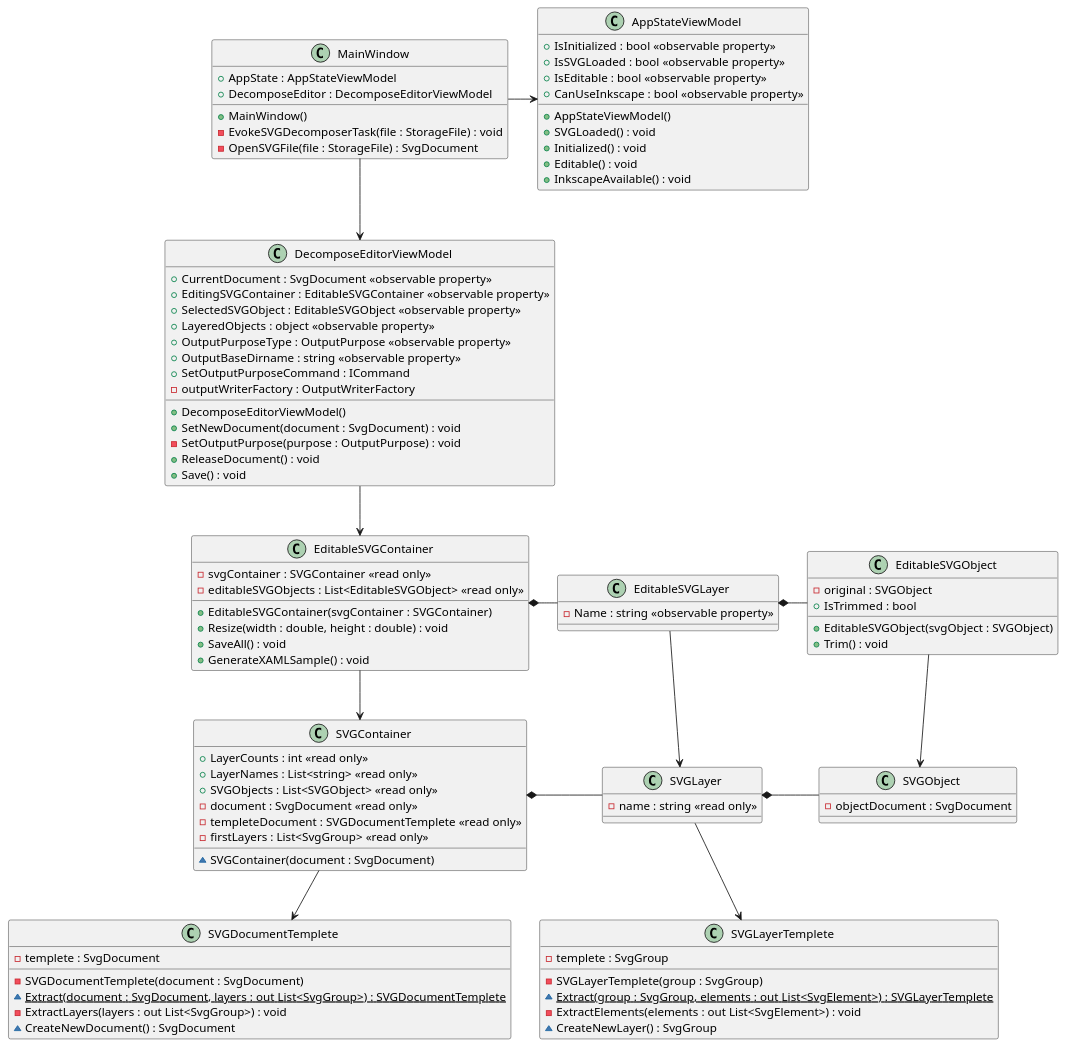
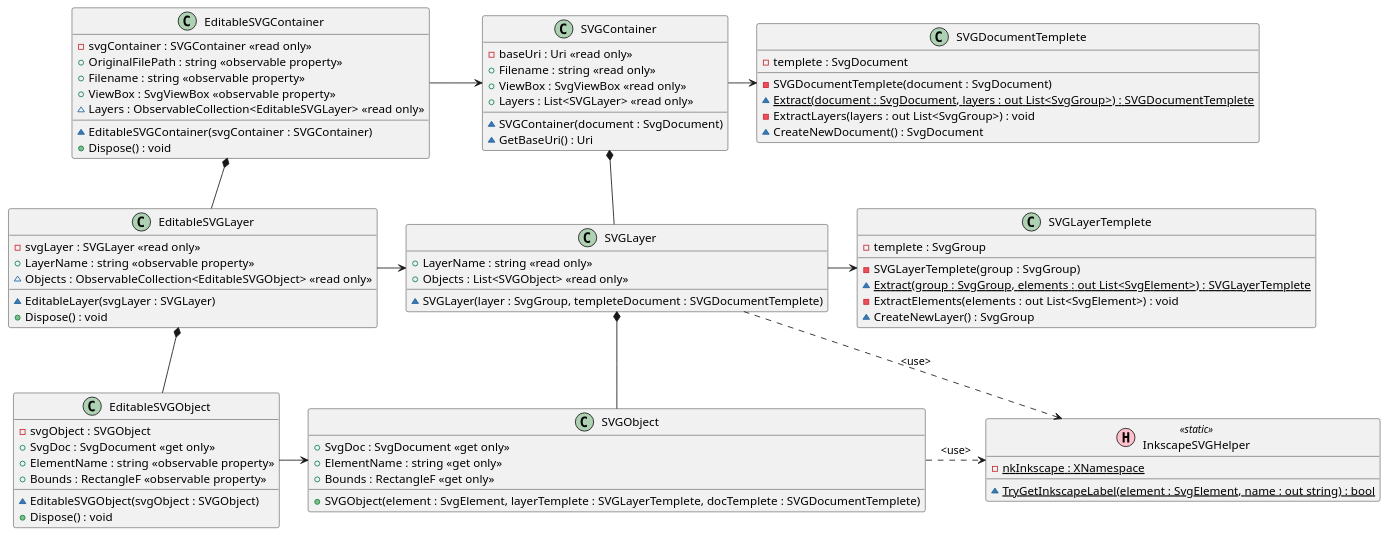
The second of 3 diagrams in uml/SVGObjectsDecomposer.puml (tatsuya19871219/SVGObjectsDecomposer), drawn with PlantUML before and after one commit. The commit also changed other lines of this file and 6 other files, not shown here.

```diff
--- a/uml/SVGObjectsDecomposer.puml
+++ b/uml/SVGObjectsDecomposer.puml
@@ -1,147 +75,108 @@
-@startuml SVGObjectsDecomposer
+@startuml Models
 
-class MainWindow
-{
-    + AppState : AppStateViewModel
-    + DecomposeEditor : DecomposeEditorViewModel
-    + MainWindow()
-    - EvokeSVGDecomposerTask(file : StorageFile) : void
-    - OpenSVGFile(file : StorageFile) : SvgDocument
-}
-
-
-class AppStateViewModel
-{
-    + IsInitialized : bool <<observable property>>
-    + IsSVGLoaded : bool <<observable property>>
-    + IsEditable : bool <<observable property>>
-    + CanUseInkscape : bool <<observable property>>
-    + AppStateViewModel()
-    + SVGLoaded() : void
-    + Initialized() : void
-    + Editable() : void
-    + InkscapeAvailable() : void
-}
-
-class DecomposeEditorViewModel
-{
-    + CurrentDocument : SvgDocument <<observable property>>
-    + EditingSVGContainer : EditableSVGContainer <<observable property>>
-    + SelectedSVGObject : EditableSVGObject <<observable property>>
-    + LayeredObjects : object <<observable property>>
-    + OutputPurposeType : OutputPurpose <<observable property>>
-    + OutputBaseDirname : string <<observable property>>
-    + SetOutputPurposeCommand : ICommand
-    - outputWriterFactory : OutputWriterFactory
-    + DecomposeEditorViewModel()
-    + SetNewDocument(document : SvgDocument) : void
-    - SetOutputPurpose(purpose : OutputPurpose) : void
-    + ReleaseDocument() : void
-    + Save() : void
-}
-
-' Models
 class EditableSVGContainer
 {
     - svgContainer : SVGContainer <<read only>>
-    - editableSVGObjects : List<EditableSVGObject> <<read only>>
-    + EditableSVGContainer(svgContainer : SVGContainer)
-    + Resize(width : double, height : double) : void
-    '+ TrimAll() : void
-    + SaveAll() : void
-    + GenerateXAMLSample() : void
+    + OriginalFilePath : string <<observable property>>
+    + Filename : string <<observable property>>
+    + ViewBox : SvgViewBox <<observable property>>
+    ~ Layers : ObservableCollection<EditableSVGLayer> <<read only>>
+    ~ EditableSVGContainer(svgContainer : SVGContainer)
+    + Dispose() : void
+    ' + Resize(width : double, height : double) : void
+    ' '+ TrimAll() : void
+    ' + SaveAll() : void
+    ' + GenerateXAMLSample() : void
 }
 
 class EditableSVGLayer
 {
-    - Name : string <<observable property>>
+    - svgLayer : SVGLayer <<read only>>
+    + LayerName : string <<observable property>>
+    ~ Objects : ObservableCollection<EditableSVGObject> <<read only>>
+    ~ EditableLayer(svgLayer : SVGLayer)
+    + Dispose() : void
 }
-
-
 
 class EditableSVGObject
 {
-    - original : SVGObject
+    - svgObject : SVGObject
     '- trimmed : SVGObject
-    + EditableSVGObject(svgObject : SVGObject)
-    + IsTrimmed : bool
-    + Trim() : void
+    + SvgDoc : SvgDocument <<get only>>
+    + ElementName : string <<observable property>>
+    + Bounds : RectangleF <<observable property>>
+    ~ EditableSVGObject(svgObject : SVGObject)
+    '+ IsTrimmed : bool
+    '+ Trim() : void
+    + Dispose() : void
 }
-
-
 
 class SVGContainer
 {
-    + LayerCounts : int <<read only>>
-    + LayerNames : List<string> <<read only>>
-    + SVGObjects : List<SVGObject> <<read only>>
-    - document : SvgDocument <<read only>>
-    - templeteDocument : SVGDocumentTemplete <<read only>>
-    - firstLayers : List<SvgGroup> <<read only>>
+    - baseUri : Uri <<read only>>
+    + Filename : string <<read only>>
+    + ViewBox : SvgViewBox <<read only>>
+    + Layers : List<SVGLayer> <<read only>>
     ~ SVGContainer(document : SvgDocument)
-
+    ~ GetBaseUri() : Uri
 }
-
 
 class SVGLayer
 {
-    - name : string <<read only>>
+    + LayerName : string <<read only>>
+    + Objects : List<SVGObject> <<read only>>
+    ~ SVGLayer(layer : SvgGroup, templeteDocument : SVGDocumentTemplete)
 }
 
 class SVGObject
 {
-    - objectDocument : SvgDocument
+    + SvgDoc : SvgDocument <<get only>>
+    + ElementName : string <<get only>>
+    + Bounds : RectangleF <<get only>>
+    + SVGObject(element : SvgElement, layerTemplete : SVGLayerTemplete, docTemplete : SVGDocumentTemplete)
 }
 
 ' factories for SVG document creation
 class SVGDocumentTemplete
 {
     - templete : SvgDocument
     - SVGDocumentTemplete(document : SvgDocument)
     {static} ~ Extract(document : SvgDocument, layers : out List<SvgGroup>) : SVGDocumentTemplete
     - ExtractLayers(layers : out List<SvgGroup>) : void
     ~ CreateNewDocument() : SvgDocument
 }
 
 class SVGLayerTemplete
 {
     - templete : SvgGroup
     - SVGLayerTemplete(group : SvgGroup)
     {static} ~ Extract(group : SvgGroup, elements : out List<SvgElement>) : SVGLayerTemplete
     - ExtractElements(elements : out List<SvgElement>) : void
     ~ CreateNewLayer() : SvgGroup
 }
 
-
+' Helper class
+class InkscapeSVGHelper << (H, pink) static >>
+{
+    {static} - nkInkscape : XNamespace
+    {static} ~ TryGetInkscapeLabel(element : SvgElement, name : out string) : bool
+}
 
 ' arrows
-MainWindow -right-> AppStateViewModel
-'MainWindow --> EditableSVGContainer
-MainWindow --> DecomposeEditorViewModel
+EditableSVGObject -> SVGObject
+EditableSVGLayer -> SVGLayer
+EditableSVGContainer -> SVGContainer
 
-EditableSVGObject --> SVGObject
-EditableSVGLayer --> SVGLayer
-EditableSVGContainer --> SVGContainer
+SVGContainer *-down- SVGLayer
+SVGLayer *-down- SVGObject
 
-SVGContainer --> SVGDocumentTemplete
-'SVGContainer --> SVGLayerTemplete
-SVGLayer --> SVGLayerTemplete
+EditableSVGContainer *-down- EditableSVGLayer
+EditableSVGLayer *-down- EditableSVGObject
 
-'SVGContainer *- SVGObject
-'EditableSVGContainer *- EditableSVGObject
+SVGContainer -right-> SVGDocumentTemplete
+SVGLayer -right-> SVGLayerTemplete
 
-SVGContainer *- SVGLayer
-EditableSVGContainer *- EditableSVGLayer
-
-SVGLayer *- SVGObject
-EditableSVGLayer *- EditableSVGObject
-
-'EditableSVGContainer -up-|> ObservableObject
-'EditableSVGObject -up-|> ObservableObject
-
-DecomposeEditorViewModel --> EditableSVGContainer
-' DecomposeEditorViewModel -left-> OutputWriterFactory
-' DecomposeEditorViewModel -left-> OutputPurpose
-
+SVGLayer ..> InkscapeSVGHelper : <use>
+SVGObject .> InkscapeSVGHelper : <use>
 
 @enduml
```
